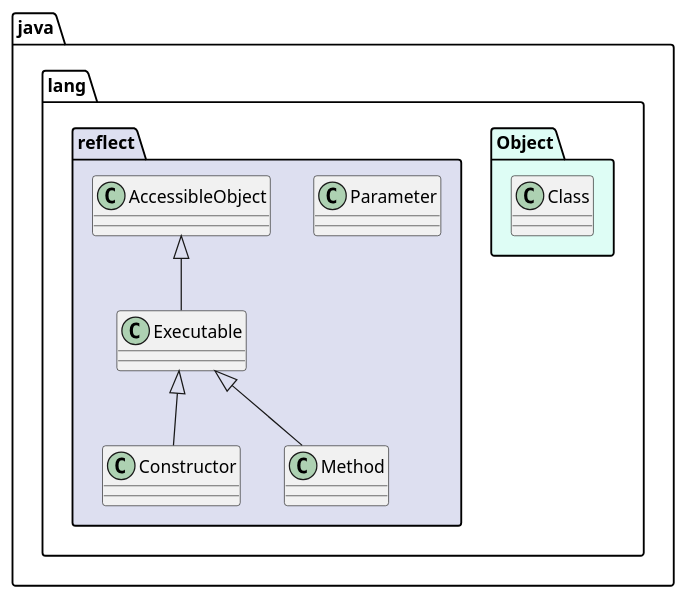
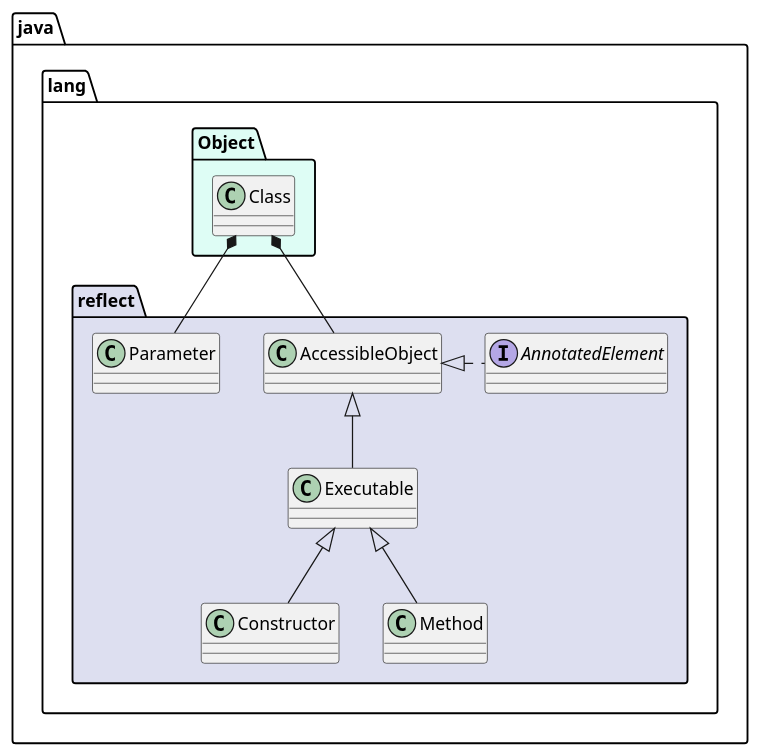
Before and after one commit to Lienub/RING: the diagram in P21_Projet/semaine1/Reflection.puml, drawn with PlantUML.

Commit message:
Création du diagramme de classe de l'API Reflection

```diff
--- a/P21_Projet/semaine1/Reflection.puml
+++ b/P21_Projet/semaine1/Reflection.puml
@@ -1,28 +1,32 @@
 @startuml
 'https://plantuml.com/class-diagram
-namespace java.lang.Object #DEFDF5{
+package java.lang.Object #DEFDF5{
     class Class{}
-    namespace java.lang.reflect #DDDFF0{
+    package java.lang.reflect    #DDDFF0{
         class Constructor{
         }
 
         class Parameter{
         }
 
         class Method{
         }
 
         class Executable{
         }
 
         class AccessibleObject{
             }
-
+        interface AnnotatedElement{
+            }
+        AccessibleObject <|. AnnotatedElement
         AccessibleObject <|-- Executable
         Executable <|-- Method
         Executable <|-- Constructor
     }
+    Class *-- AccessibleObject
+    Class *-- Parameter
 }
 
 
 @enduml
```
